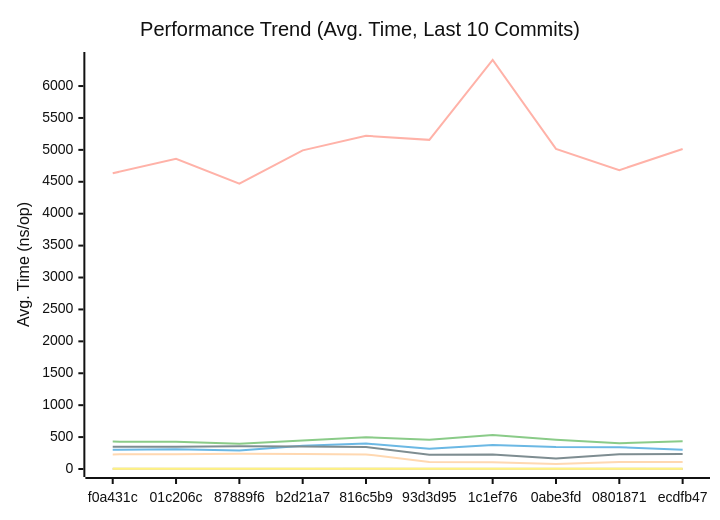
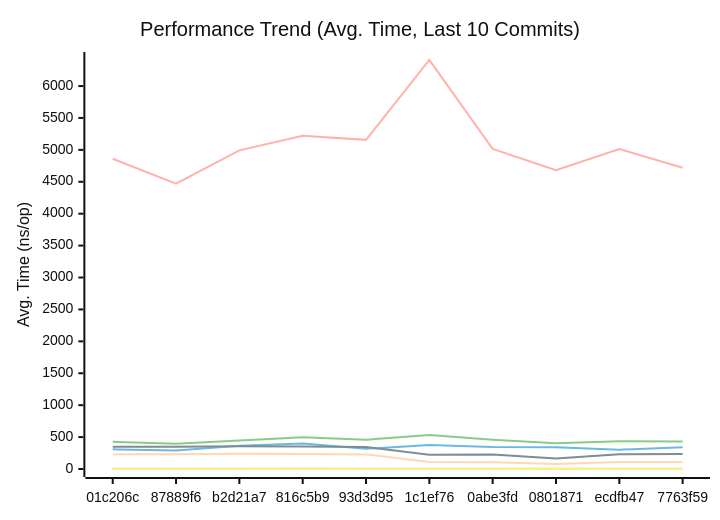
One commit to alsotoes/momo changed the first of 3 diagrams in docs/PERFORMANCE.md. Above: the diagram before and after it, drawn with Mermaid (neutral theme). The commit also changed other lines of this file and 1 other file, not shown here.

````diff
--- a/docs/PERFORMANCE.md
+++ b/docs/PERFORMANCE.md
@@ -80,16 +80,16 @@
 ```mermaid
 xychart-beta
     title "Performance Trend (Avg. Time, Last 10 Commits)"
     x-axis "Commit"
     y-axis "Avg. Time (ns/op)"
-    x-axis [f0a431c,01c206c,87889f6,b2d21a7,816c5b9,93d3d95,1c1ef76,0abe3fd,0801871,ecdfb47]
-    line "CheckMetricsAndSwap" [10,9,9,9,11,8,8,8,11,9]
-    line "CrushOptimized" [302,308,289,365,398,317,376,346,342,303]
-    line "CrushOriginal" [429,427,396,445,499,458,531,458,405,434]
-    line "IndexDirectTracking" [0,0,0,0,0,0,0,0,1,0]
+    x-axis [01c206c,87889f6,b2d21a7,816c5b9,93d3d95,1c1ef76,0abe3fd,0801871,ecdfb47,7763f59]
+    line "CheckMetricsAndSwap" [9,9,9,11,8,8,8,11,9,9]
+    line "CrushOptimized" [308,289,365,398,317,376,346,342,303,340]
+    line "CrushOriginal" [427,396,445,499,458,531,458,405,434,429]
+    line "IndexDirectTracking" [0,0,0,0,0,0,0,1,0,0]
     line "IndexSearch" [2,2,2,2,2,2,2,2,2,2]
-    line "LoadGlobalConfig" [4633,4860,4471,4992,5220,5157,6408,5015,4683,5014]
+    line "LoadGlobalConfig" [4860,4471,4992,5220,5157,6408,5015,4683,5014,4721]
     line "PadString" [2,2,2,2,2,2,2,2,2,2]
     line "ParseReplicationOrder_NoPrealloc" [350,349,357,354,345,225,229,165,232,234]
     line "ParseReplicationOrder_Prealloc" [229,231,237,234,229,108,107,80,110,109]
 ```
````
